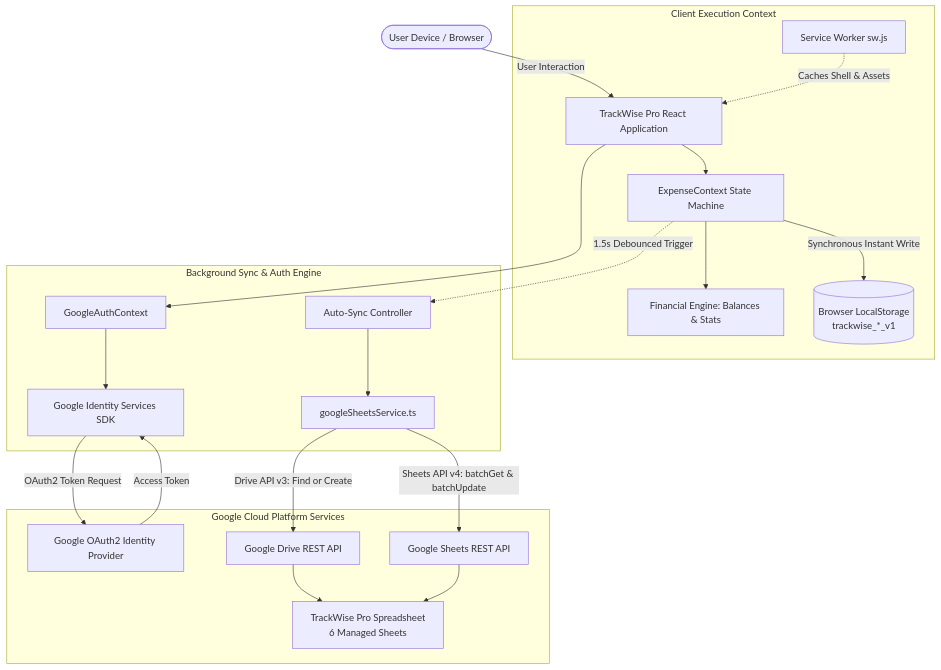
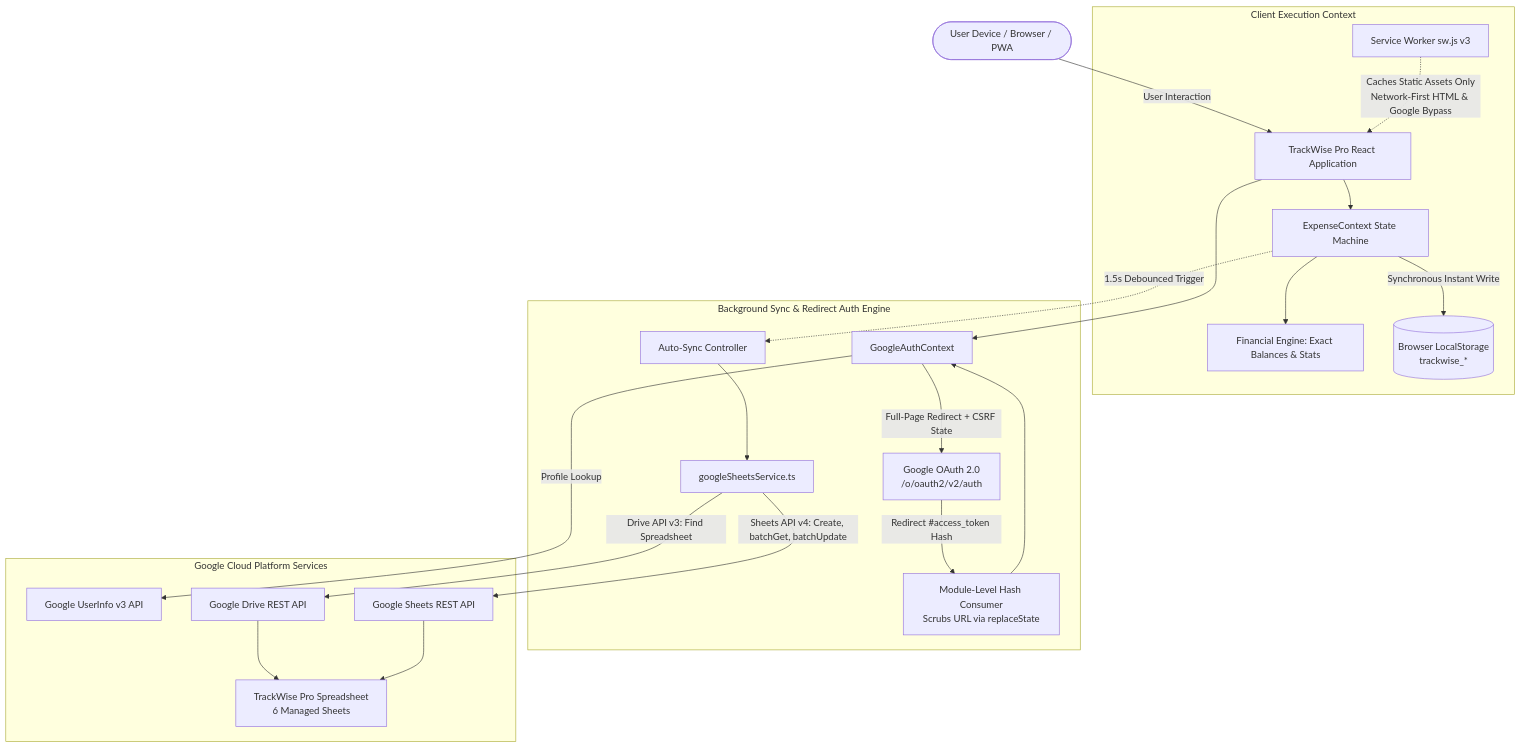
One commit to pranavtvarshan-stack/trackwise changed the diagram in PROJECT_DOCS.md. Above: the diagram before and after it, drawn with Mermaid. The commit also changed other lines of this file and 6 other files, not shown here.

Commit message:
TrackWise V1.0

````diff
--- a/PROJECT_DOCS.md
+++ b/PROJECT_DOCS.md
@@ -155,29 +158,29 @@
 ```mermaid
 flowchart TD
-    User([User Device / Browser]) -->|User Interaction| ReactApp[TrackWise Pro React Application]
+    User([User Device / Browser / PWA]) -->|User Interaction| ReactApp[TrackWise Pro React Application]
     
     subgraph ClientLayer [Client Execution Context]
         ReactApp --> StateEngine[ExpenseContext State Machine]
-        StateEngine --> Calculation[Financial Engine: Balances & Stats]
-        StateEngine -->|Synchronous Instant Write| LocalStore[(Browser LocalStorage\ntrackwise_*_v1)]
+        StateEngine --> Calculation[Financial Engine: Exact Balances & Stats]
+        StateEngine -->|Synchronous Instant Write| LocalStore[(Browser LocalStorage\ntrackwise_*)]
         
-        SW[Service Worker sw.js] -.->|Caches Shell & Assets| ReactApp
+        SW[Service Worker sw.js v3] -.->|Caches Static Assets Only\nNetwork-First HTML & Google Bypass| ReactApp
     end
 
-    subgraph SyncEngine [Background Sync & Auth Engine]
+    subgraph SyncEngine [Background Sync & Redirect Auth Engine]
         ReactApp --> AuthContext[GoogleAuthContext]
-        AuthContext --> GIS[Google Identity Services SDK]
+        AuthContext -->|Full-Page Redirect + CSRF State| OAuthEndpoint[Google OAuth 2.0\n/o/oauth2/v2/auth]
+        OAuthEndpoint -->|Redirect #access_token Hash| HashParser[Module-Level Hash Consumer\nScrubs URL via replaceState]
+        HashParser --> AuthContext
         StateEngine -.->|1.5s Debounced Trigger| SyncDispatch[Auto-Sync Controller]
         SyncDispatch --> GoogleSheetsClient[googleSheetsService.ts]
     end
 
     subgraph GoogleCloud [Google Cloud Platform Services]
-        GIS -->|OAuth2 Token Request| GoogleAuthServer[Google OAuth2 Identity Provider]
-        GoogleAuthServer -->|Access Token| GIS
-        
-        GoogleSheetsClient -->|Drive API v3: Find or Create| DriveAPI[Google Drive REST API]
-        GoogleSheetsClient -->|Sheets API v4: batchGet & batchUpdate| SheetsAPI[Google Sheets REST API]
+        AuthContext -->|Profile Lookup| UserInfoAPI[Google UserInfo v3 API]
+        GoogleSheetsClient -->|Drive API v3: Find Spreadsheet| DriveAPI[Google Drive REST API]
+        GoogleSheetsClient -->|Sheets API v4: Create, batchGet, batchUpdate| SheetsAPI[Google Sheets REST API]
         DriveAPI --> TargetSheet[TrackWise Pro Spreadsheet\n6 Managed Sheets]
         SheetsAPI --> TargetSheet
     end
 ```
````
